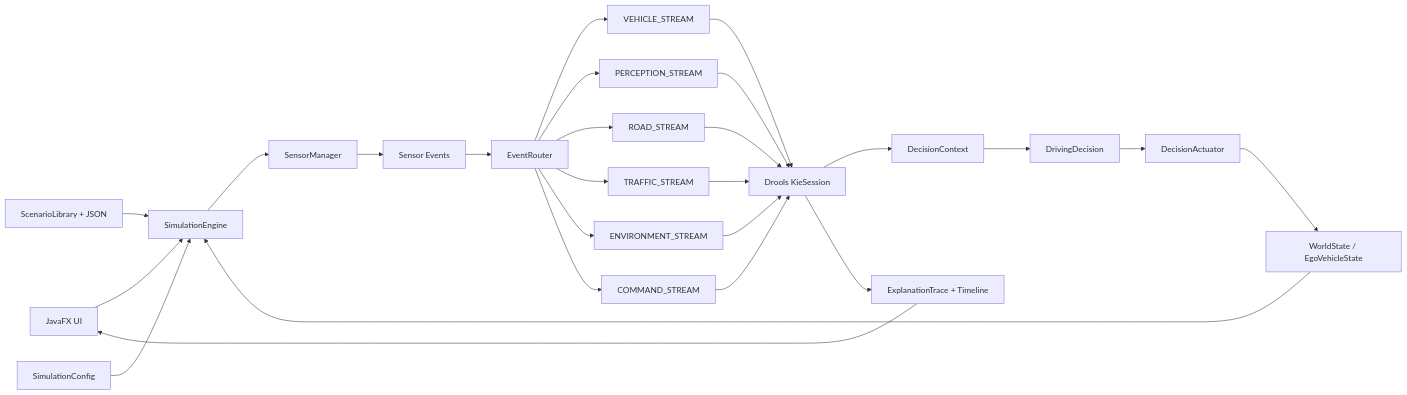
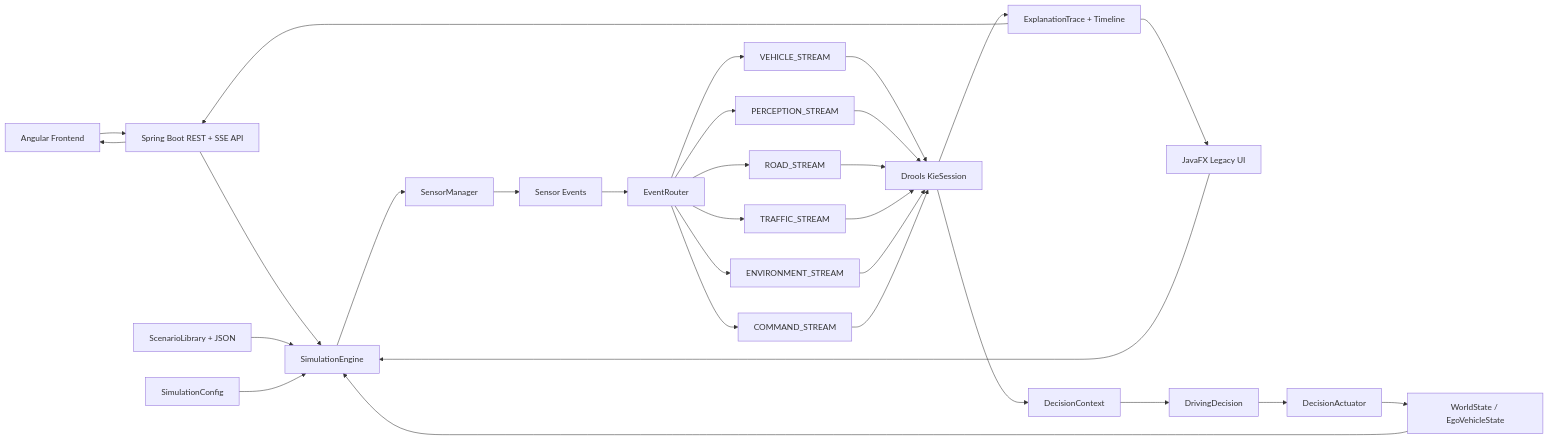
Before and after one commit to 1-2Drive/projeto-1: the diagram in diagrams/01-system-architecture.md, drawn with Mermaid. The commit also changed 118 other files, not shown here.

Commit message:
feat: add Angular realtime simulation interface

````diff
--- a/diagrams/01-system-architecture.md
+++ b/diagrams/01-system-architecture.md
@@ -1,33 +1,38 @@
 ```mermaid
 flowchart LR
-    UI[JavaFX UI] --> ENGINE[SimulationEngine]
+    ANG[Angular Frontend] --> API[Spring Boot REST + SSE API]
+    JAVA_FX[JavaFX Legacy UI] --> ENGINE[SimulationEngine]
+    API --> ENGINE
+
     SCENARIO[ScenarioLibrary + JSON] --> ENGINE
     CONFIG[SimulationConfig] --> ENGINE
 
     ENGINE --> SENSORS[SensorManager]
     SENSORS --> EVENTS[Sensor Events]
     EVENTS --> ROUTER[EventRouter]
 
     ROUTER --> EP1[VEHICLE_STREAM]
     ROUTER --> EP2[PERCEPTION_STREAM]
     ROUTER --> EP3[ROAD_STREAM]
     ROUTER --> EP4[TRAFFIC_STREAM]
     ROUTER --> EP5[ENVIRONMENT_STREAM]
     ROUTER --> EP6[COMMAND_STREAM]
 
     EP1 --> DROOLS[Drools KieSession]
     EP2 --> DROOLS
     EP3 --> DROOLS
     EP4 --> DROOLS
     EP5 --> DROOLS
     EP6 --> DROOLS
 
     DROOLS --> CTX[DecisionContext]
     CTX --> DECISION[DrivingDecision]
     DECISION --> ACT[DecisionActuator]
     ACT --> WORLD[WorldState / EgoVehicleState]
     WORLD --> ENGINE
 
     DROOLS --> TRACE[ExplanationTrace + Timeline]
-    TRACE --> UI
+    TRACE --> API
+    TRACE --> JAVA_FX
+    API --> ANG
 ```
````
